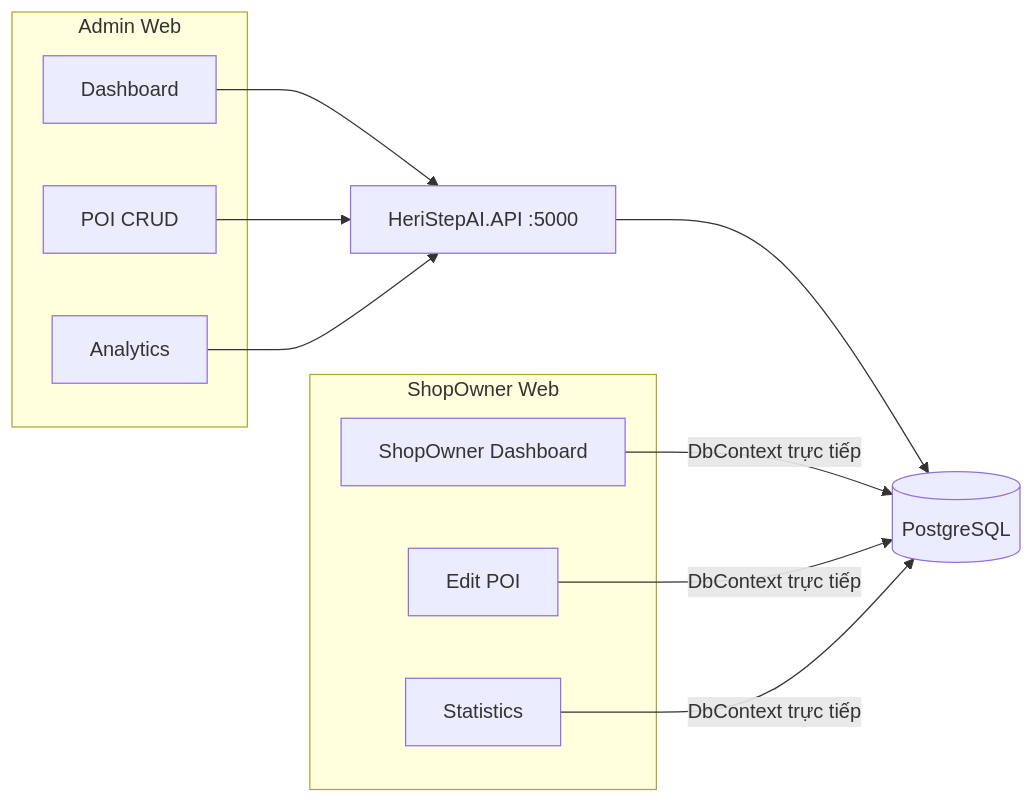
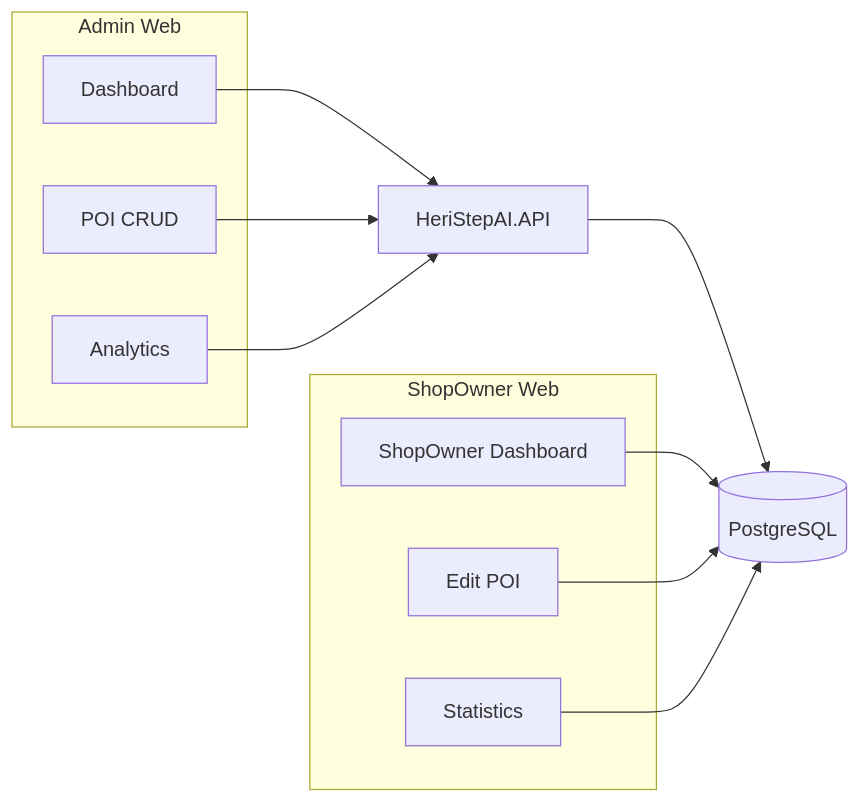
One commit to KhanhChung2k5/k_tour changed the seventh of 12 diagrams in docs/PRODUCT_REQUIREMENTS.md. Above: the diagram before and after it, drawn with Mermaid. The commit also changed other lines of this file, not shown here.

````diff
--- a/docs/PRODUCT_REQUIREMENTS.md
+++ b/docs/PRODUCT_REQUIREMENTS.md
@@ -354,26 +577,26 @@
 ```mermaid
 flowchart LR
-    subgraph AdminWeb["Admin Web"]
+    subgraph Admin["Admin Web"]
         D[Dashboard]
         P[POI CRUD]
         AN[Analytics]
     end
 
-    subgraph ShopOwnerWeb["ShopOwner Web"]
+    subgraph ShopOwner["ShopOwner Web"]
         SD[ShopOwner Dashboard]
         SE[Edit POI]
         ST[Statistics]
     end
 
-    API[HeriStepAI.API :5000]
+    API[HeriStepAI.API]
     DB[(PostgreSQL)]
 
     D --> API
     P --> API
     AN --> API
     API --> DB
 
-    SD -->|"DbContext trực tiếp"| DB
-    SE -->|"DbContext trực tiếp"| DB
-    ST -->|"DbContext trực tiếp"| DB
+    SD --> DB
+    SE --> DB
+    ST --> DB
 ```
````
